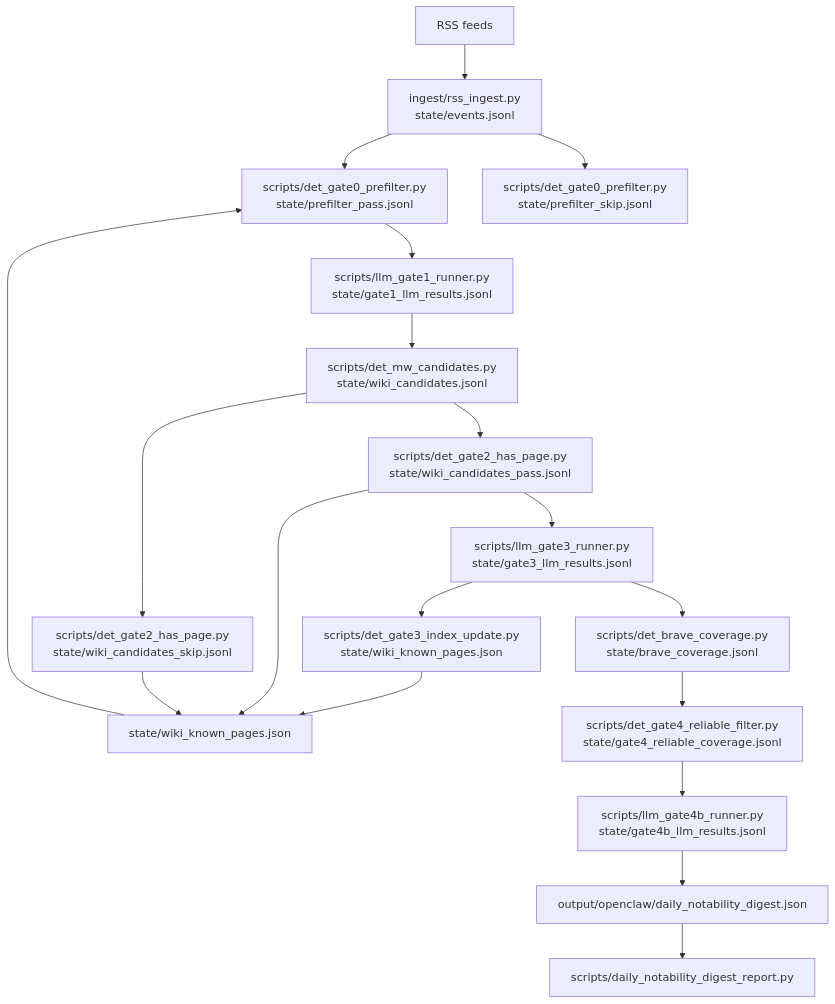
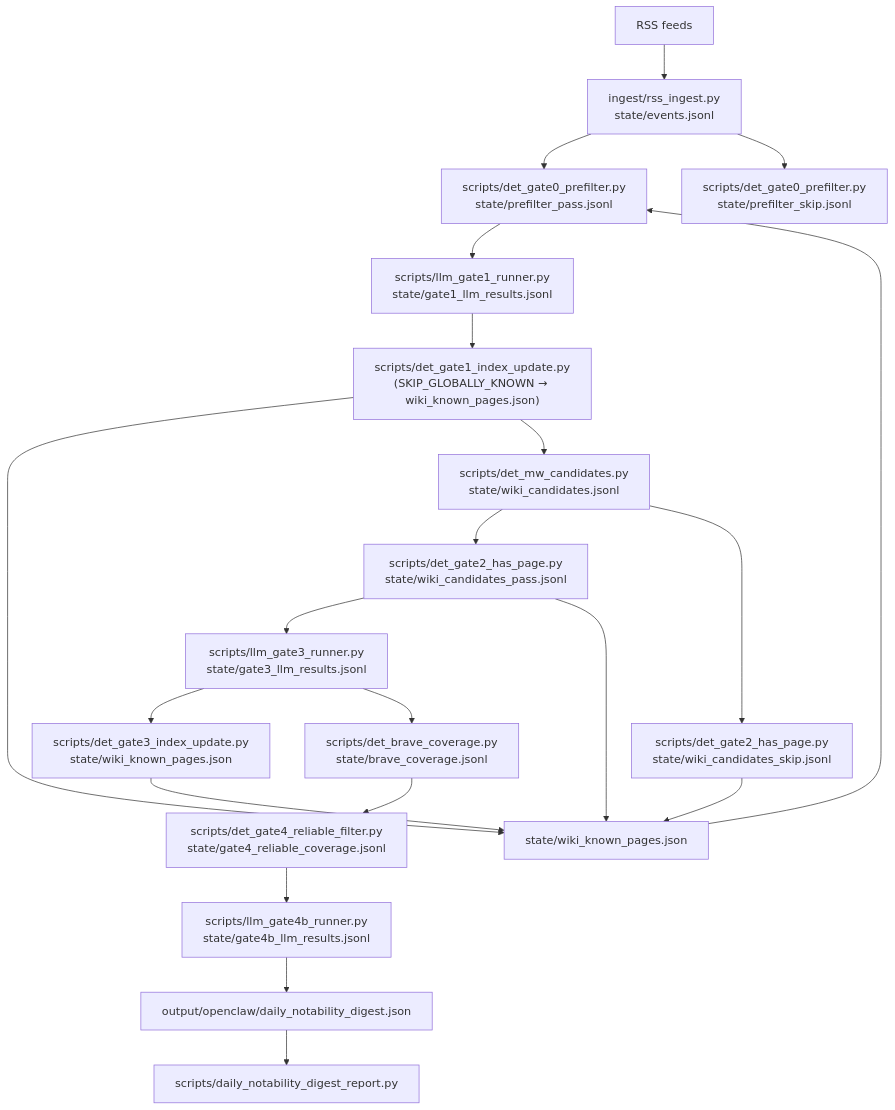
Before and after one commit to jonathandeamer/notable-person-finder: the diagram in docs/data-flow.md, drawn with Mermaid. The commit also changed other lines of this file and 3 other files, not shown here.

First line of the commit message:
docs: update pipeline stage count and structure after gate1_index addition

````diff
--- a/docs/data-flow.md
+++ b/docs/data-flow.md
@@ -3,21 +3,23 @@
 ```mermaid
 flowchart TD
     A[RSS feeds] --> B["ingest/rss_ingest.py<br/>state/events.jsonl"]
     J["state/wiki_known_pages.json"] --> C
     B --> C["scripts/det_gate0_prefilter.py<br/>state/prefilter_pass.jsonl"]
     B --> D["scripts/det_gate0_prefilter.py<br/>state/prefilter_skip.jsonl"]
     C --> E["scripts/llm_gate1_runner.py<br/>state/gate1_llm_results.jsonl"]
-    E --> F["scripts/det_mw_candidates.py<br/>state/wiki_candidates.jsonl"]
+    E --> L["scripts/det_gate1_index_update.py<br/>(SKIP_GLOBALLY_KNOWN → wiki_known_pages.json)"]
+    L --> J
+    L --> F["scripts/det_mw_candidates.py<br/>state/wiki_candidates.jsonl"]
     F --> G["scripts/det_gate2_has_page.py<br/>state/wiki_candidates_pass.jsonl"]
     F --> K["scripts/det_gate2_has_page.py<br/>state/wiki_candidates_skip.jsonl"]
     G --> M["scripts/llm_gate3_runner.py<br/>state/gate3_llm_results.jsonl"]
     M --> N["scripts/det_gate3_index_update.py<br/>state/wiki_known_pages.json"]
     N --> J
     G --> J
     K --> J
     M --> O["scripts/det_brave_coverage.py<br/>state/brave_coverage.jsonl"]
     O --> P["scripts/det_gate4_reliable_filter.py<br/>state/gate4_reliable_coverage.jsonl"]
     P --> Q["scripts/llm_gate4b_runner.py<br/>state/gate4b_llm_results.jsonl"]
     Q --> R["output/openclaw/daily_notability_digest.json"]
     R --> S["scripts/daily_notability_digest_report.py"]
 ```
````
